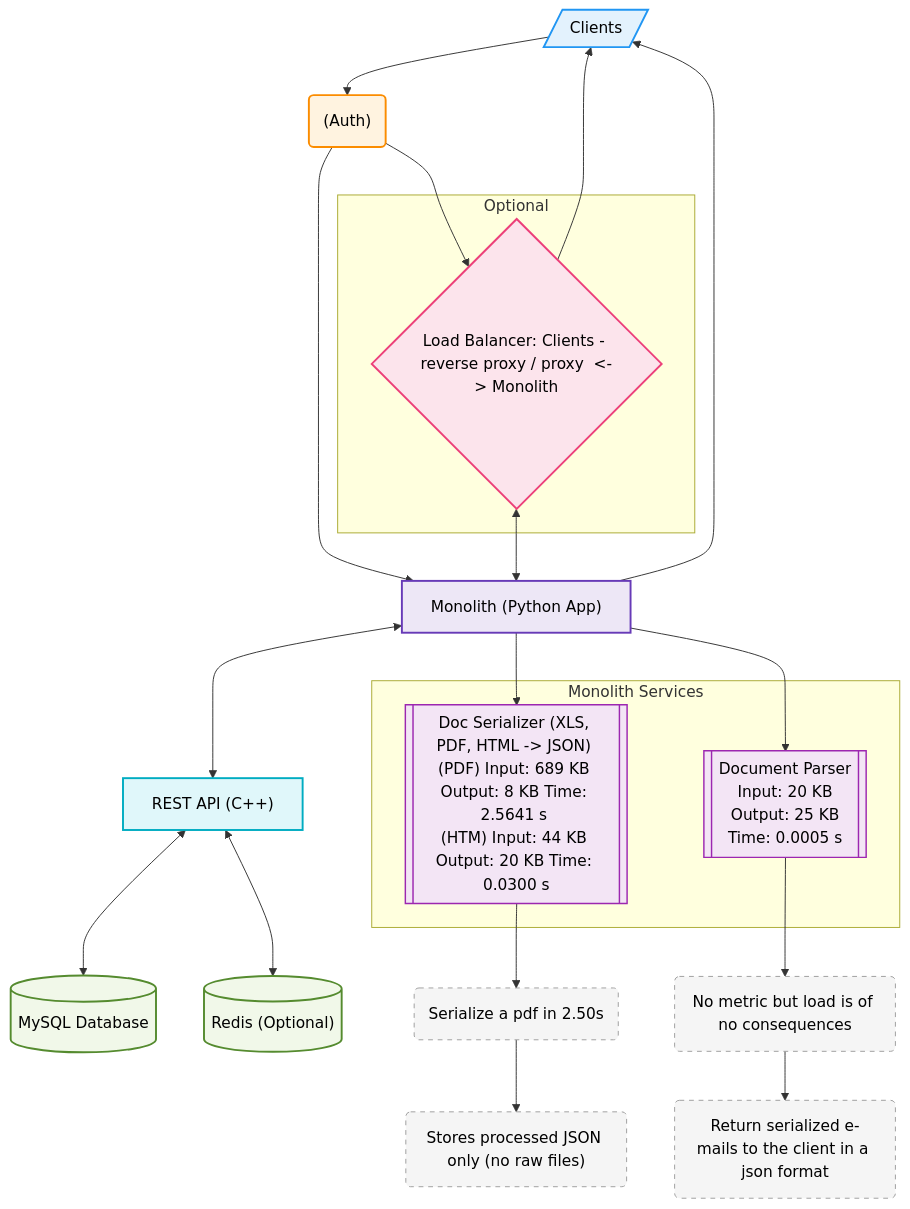
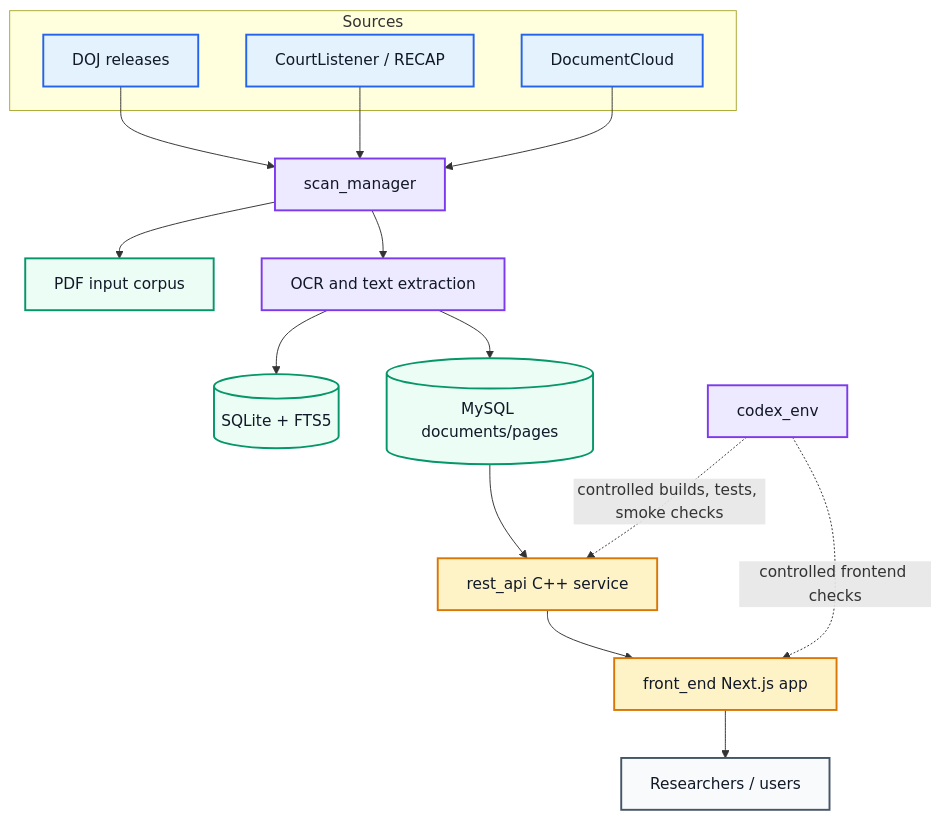
Before and after one commit to Lbelus/eps: the diagram in README.md, drawn with Mermaid. The commit also changed other lines of this file and 4 other files, not shown here.

````diff
--- a/README.md
+++ b/README.md
@@ -3,53 +21,36 @@
 ```mermaid
 graph TD
-    A[/"Clients"/] --> B("(Auth)")
-    B --> C["Monolith (Python App)"]
-    C <--> D["REST API (C++)"]
-    D <--> E[("MySQL Database")]
-    D <--> F[("Redis (Optional)")]
-
-    subgraph Optional
-        G{"Load Balancer: Clients - reverse proxy / proxy  <-> Monolith"}
+    subgraph Sources
+        DOJ["DOJ releases"]
+        CL["CourtListener / RECAP"]
+        DC["DocumentCloud"]
     end
 
-    B --> G
-    C --> A
-    G <--> C
-    G --> A
+    DOJ --> SM["scan_manager"]
+    CL --> SM
+    DC --> SM
 
-    subgraph "Monolith Services"
-        C1[["Doc Serializer (XLS, PDF, HTML -> JSON) <br>(PDF) Input: 689 KB Output: 8 KB Time: 2.5641 s <br>(HTM) Input: 44 KB Output: 20 KB Time: 0.0300 s"]]
-        C2[["Document Parser <br>Input: 20 KB <br>Output: 25 KB <br>Time: 0.0005 s"]]
-    end
+    SM --> PDFs["PDF input corpus"]
+    SM --> OCR["OCR and text extraction"]
+    OCR --> SQLITE[("SQLite + FTS5")]
+    OCR --> MYSQL[("MySQL documents/pages")]
 
-    C --> C1
-    C --> C2
+    MYSQL --> API["rest_api C++ service"]
+    API --> FRONT["front_end Next.js app"]
+    FRONT --> USER["Researchers / users"]
 
-    %% Metrics as comments and annotations
-    C1 --> M1("Serialize a pdf in 2.50s ")
-    M1 --> M2("Stores processed JSON only (no raw files)")
+    CODEX["codex_env"] -. "controlled builds, tests, smoke checks" .-> API
+    CODEX -. "controlled frontend checks" .-> FRONT
 
-    C2 --> M3("No metric but load is of no consequences")
-    M3 --> M4("Return serialized e-mails to the client in a json format")   
+    classDef source fill:#e3f2fd,stroke:#2563eb,stroke-width:2px,color:#111827;
+    classDef pipeline fill:#ede9fe,stroke:#7c3aed,stroke-width:2px,color:#111827;
+    classDef storage fill:#ecfdf5,stroke:#059669,stroke-width:2px,color:#111827;
+    classDef service fill:#fef3c7,stroke:#d97706,stroke-width:2px,color:#111827;
+    classDef user fill:#f8fafc,stroke:#475569,stroke-width:2px,color:#111827;
 
-
-    %% Assign classes
-    class A client;
-    class B auth;
-    class C monolith;
-    class D api;
-    class E,F db;
-    class G proxy;
-    class C1,C2,C3,C4 service;
-    class M1,M2,M3,M4,M5,M6,M7,M8 metric;
-
-    %% Define styles
-    classDef client fill:#e3f2fd,stroke:#2196f3,stroke-width:2px,color:#000;
-    classDef auth fill:#fff3e0,stroke:#fb8c00,stroke-width:2px,color:#000;
-    classDef monolith fill:#ede7f6,stroke:#673ab7,stroke-width:2px,color:#000;
-    classDef api fill:#e0f7fa,stroke:#00acc1,stroke-width:2px,color:#000;
-    classDef db fill:#f1f8e9,stroke:#558b2f,stroke-width:2px,color:#000;
-    classDef proxy fill:#fce4ec,stroke:#ec407a,stroke-width:2px,color:#000;
-    classDef service fill:#f3e5f5,stroke:#9c27b0,stroke-width:1.5px,color:#000;
-    classDef metric fill:#f5f5f5,stroke:#9e9e9e,stroke-dasharray: 5 5,color:#000;
+    class DOJ,CL,DC source;
+    class SM,OCR,CODEX pipeline;
+    class PDFs,SQLITE,MYSQL storage;
+    class API,FRONT service;
+    class USER user;
 ```
````
